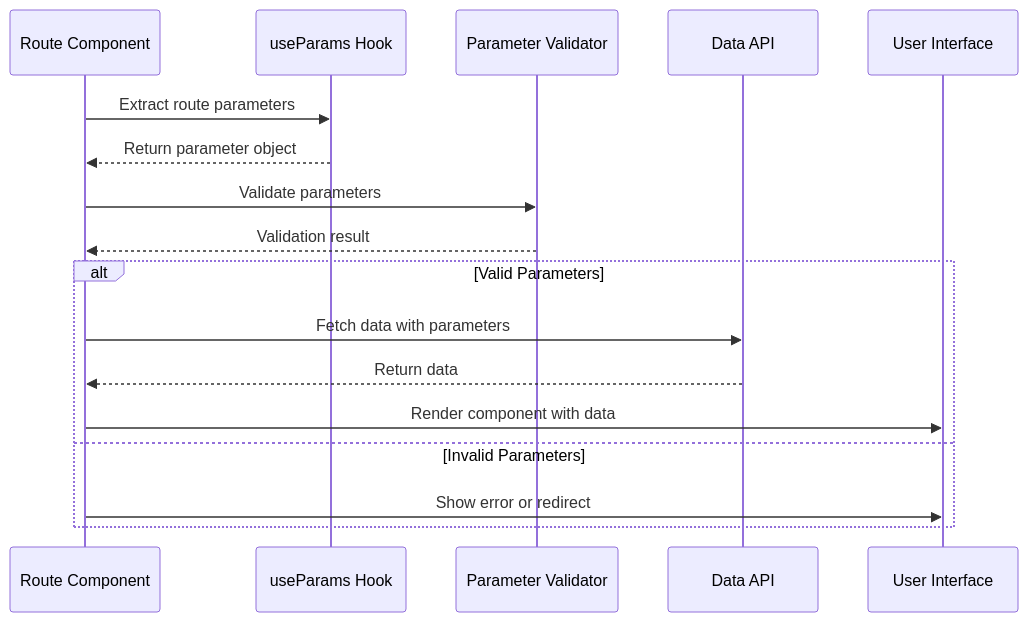
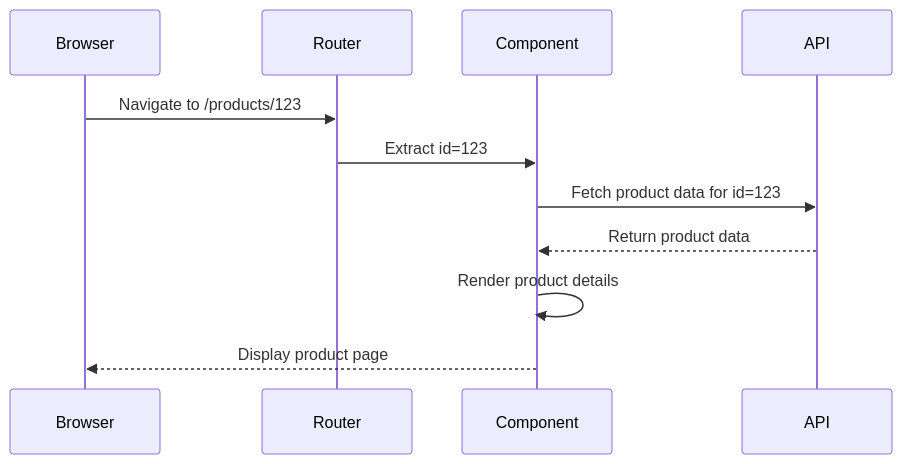
Before and after one commit to sleekapparels-admin/sleekapp-v100: the fourth of 7 diagrams in .qoder/repowiki/en/content/Frontend Architecture/Routing & Navigation.md, drawn with Mermaid. The commit also changed other lines of this file and 337 other files, not shown here.

First line of the commit message:
docs(api): remove deprecated API Integration and Realtime Data Synchronization docs

````diff
--- a/.qoder/repowiki/en/content/Frontend Architecture/Routing & Navigation.md
+++ b/.qoder/repowiki/en/content/Frontend Architecture/Routing & Navigation.md
@@ -442,19 +148,13 @@
 ```mermaid
 sequenceDiagram
-participant Route as Route Component
-participant Params as useParams Hook
-participant Validator as Parameter Validator
-participant API as Data API
-participant UI as User Interface
-Route->>Params : Extract route parameters
-Params-->>Route : Return parameter object
-Route->>Validator : Validate parameters
-Validator-->>Route : Validation result
-alt Valid Parameters
-Route->>API : Fetch data with parameters
-API-->>Route : Return data
-Route->>UI : Render component with data
-else Invalid Parameters
-Route->>UI : Show error or redirect
-end
+participant Browser
+participant Router
+participant Component
+participant API
+Browser->>Router : Navigate to /products/123
+Router->>Component : Extract id=123
+Component->>API : Fetch product data for id=123
+API-->>Component : Return product data
+Component->>Component : Render product details
+Component-->>Browser : Display product page
 ```
````
